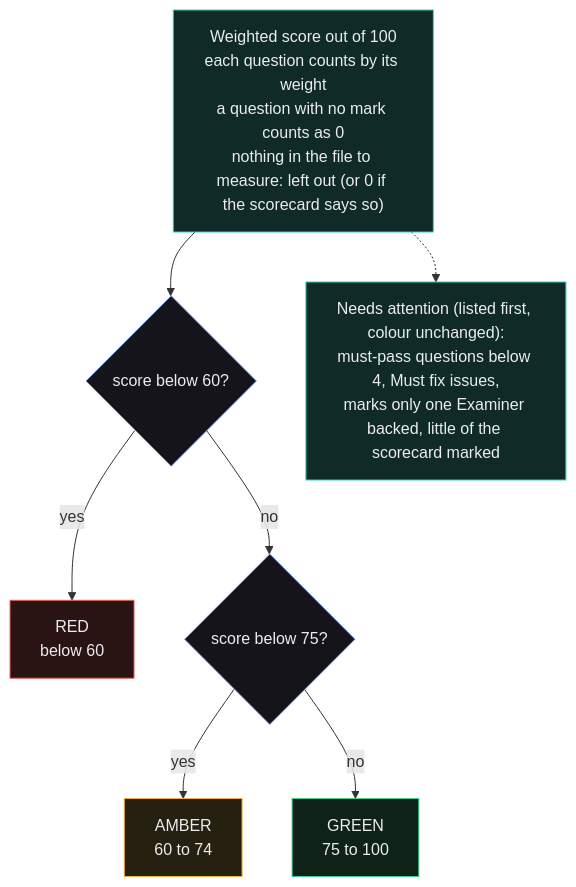
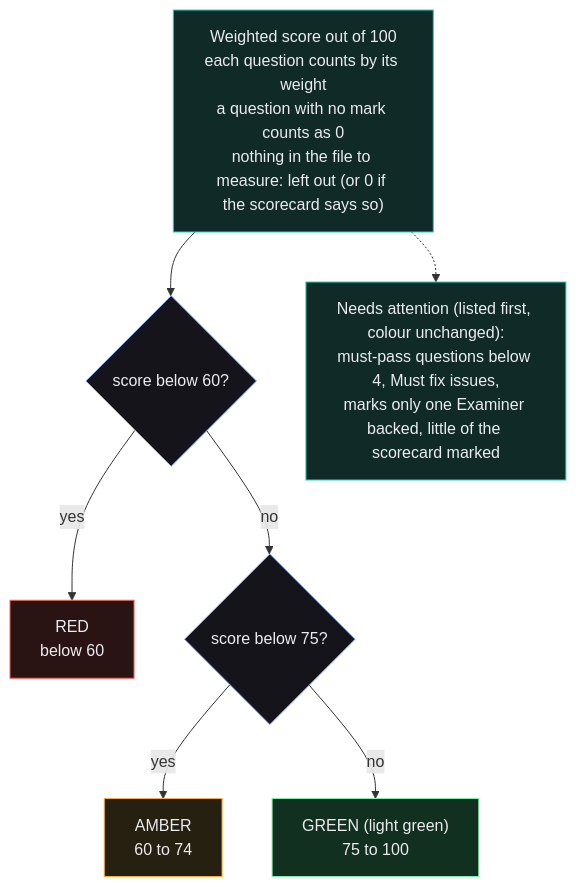
Before and after one commit to yashsrivastava1408/GateX: the diagram in docs/diagrams/05-verdict-rule.mmd, drawn with Mermaid. The commit also changed 6 other files, not shown here.

Commit message:
npm run doctor preflight, access-control note, failed-run design note, current colour-rule diagram

```diff
--- a/docs/diagrams/05-verdict-rule.mmd
+++ b/docs/diagrams/05-verdict-rule.mmd
@@ -1,26 +1,26 @@
 flowchart TD
   S["Weighted score out of 100<br/>each question counts by its weight<br/>a question with no mark counts as 0<br/>nothing in the file to measure: left out (or 0 if the scorecard says so)"]
   Q1{"score below 60?"}
   RED["RED<br/>below 60"]
   Q2{"score below 75?"}
   AMB["AMBER<br/>60 to 74"]
-  GRN["GREEN<br/>75 to 100"]
+  GRN["GREEN (light green)<br/>75 to 100"]
   N["Needs attention (listed first, colour unchanged):<br/>must-pass questions below 4, Must fix issues,<br/>marks only one Examiner backed, little of the scorecard marked"]
 
   S --> Q1
   Q1 -- yes --> RED
   Q1 -- no --> Q2
   Q2 -- yes --> AMB
   Q2 -- no --> GRN
   S -.-> N
 
-  classDef good fill:#0f2218,stroke:#3ecf8e,color:#ececf0
+  classDef good fill:#12301f,stroke:#86efac,color:#ececf0
   classDef warn fill:#262010,stroke:#f5b13d,color:#ececf0
   classDef bad fill:#2a1413,stroke:#f2655c,color:#ececf0
   classDef gate fill:#14141a,stroke:#7aa2f7,color:#ececf0
   classDef agent fill:#0f2a27,stroke:#2dd4bf,color:#ececf0
   class GRN good
   class AMB warn
   class RED bad
   class Q1,Q2 gate
   class S,N agent
```
